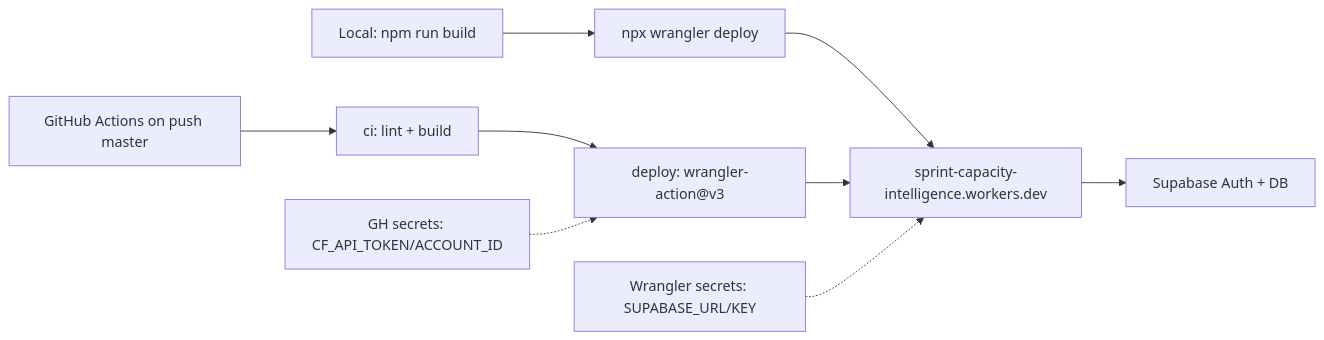
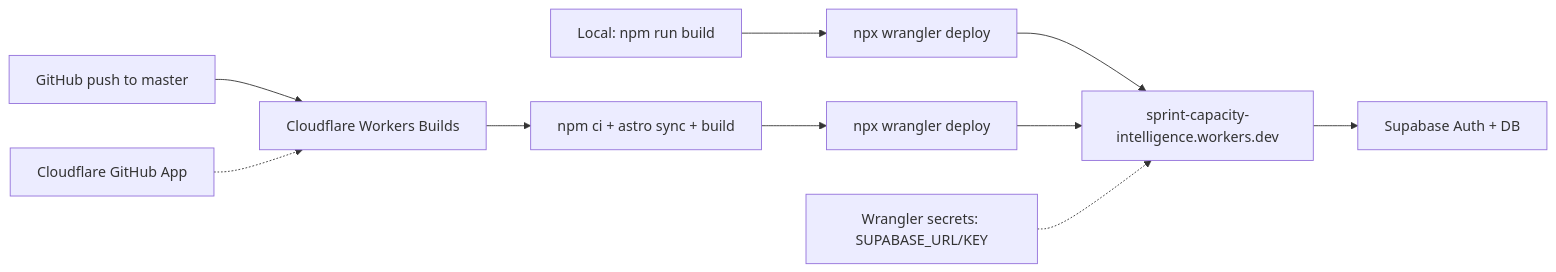
The diagram in context/changes/deployment/deploy-plan.md (Marce1ina/sprint-capacity-intelligence), drawn with Mermaid before and after one commit. The commit also changed other lines of this file and 3 other files, not shown here.

````diff
--- a/context/changes/deployment/deploy-plan.md
+++ b/context/changes/deployment/deploy-plan.md
@@ -127,11 +133,12 @@
 ```mermaid
 flowchart LR
     dev["Local: npm run build"] --> wrangler["npx wrangler deploy"]
     wrangler --> workers["sprint-capacity-intelligence.workers.dev"]
     workers --> supabase["Supabase Auth + DB"]
-    gh["GitHub Actions on push master"] --> ghCi["ci: lint + build"]
-    ghCi --> ghDeploy["deploy: wrangler-action@v3"]
-    ghDeploy --> workers
+    github["GitHub push to master"] --> cfBuilds["Cloudflare Workers Builds"]
+    cfBuilds --> buildStep["npm ci + astro sync + build"]
+    buildStep --> deployStep["npx wrangler deploy"]
+    deployStep --> workers
     secrets["Wrangler secrets: SUPABASE_URL/KEY"] -.-> workers
-    repoSecrets["GH secrets: CF_API_TOKEN/ACCOUNT_ID"] -.-> ghDeploy
+    ghApp["Cloudflare GitHub App"] -.-> cfBuilds
 ```
````
